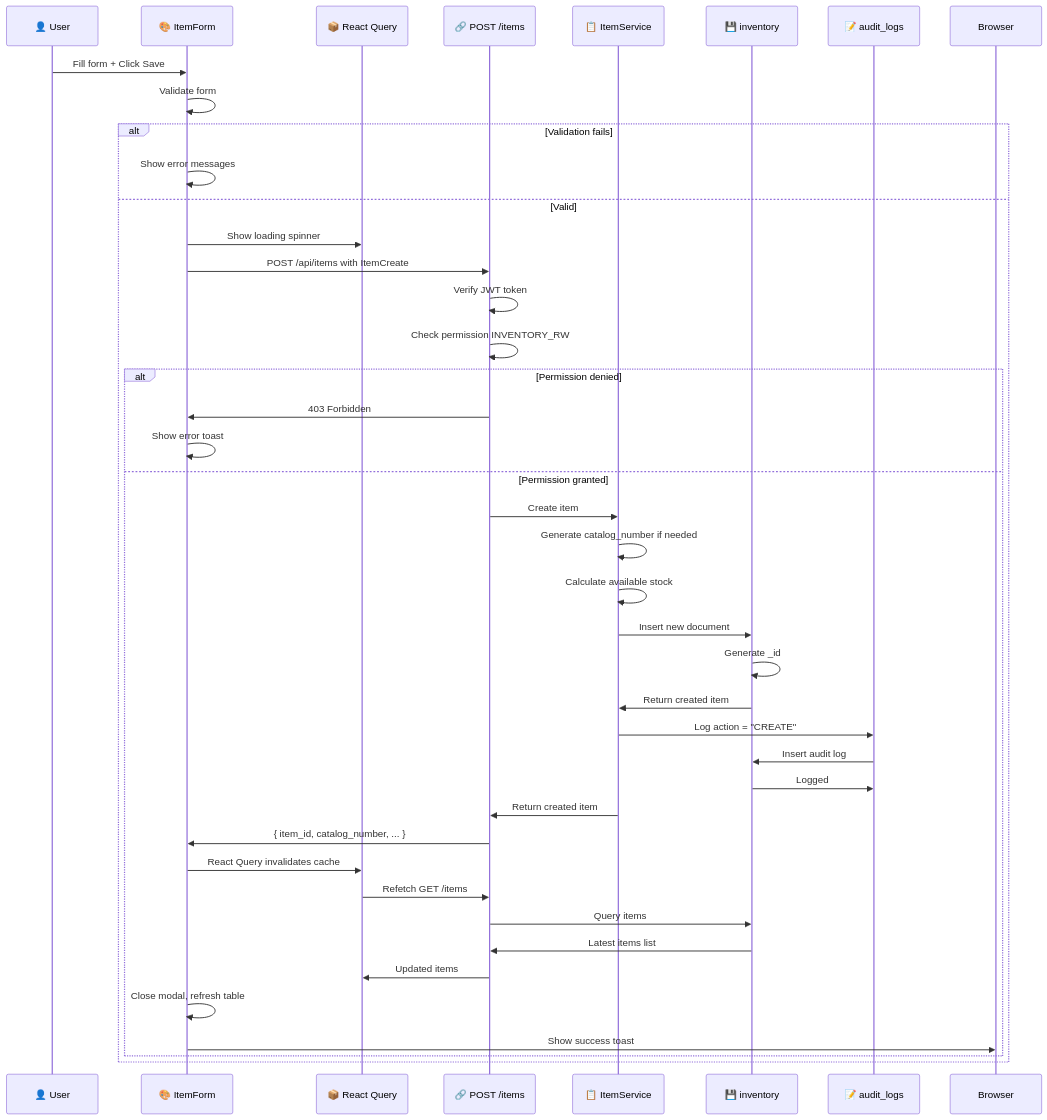
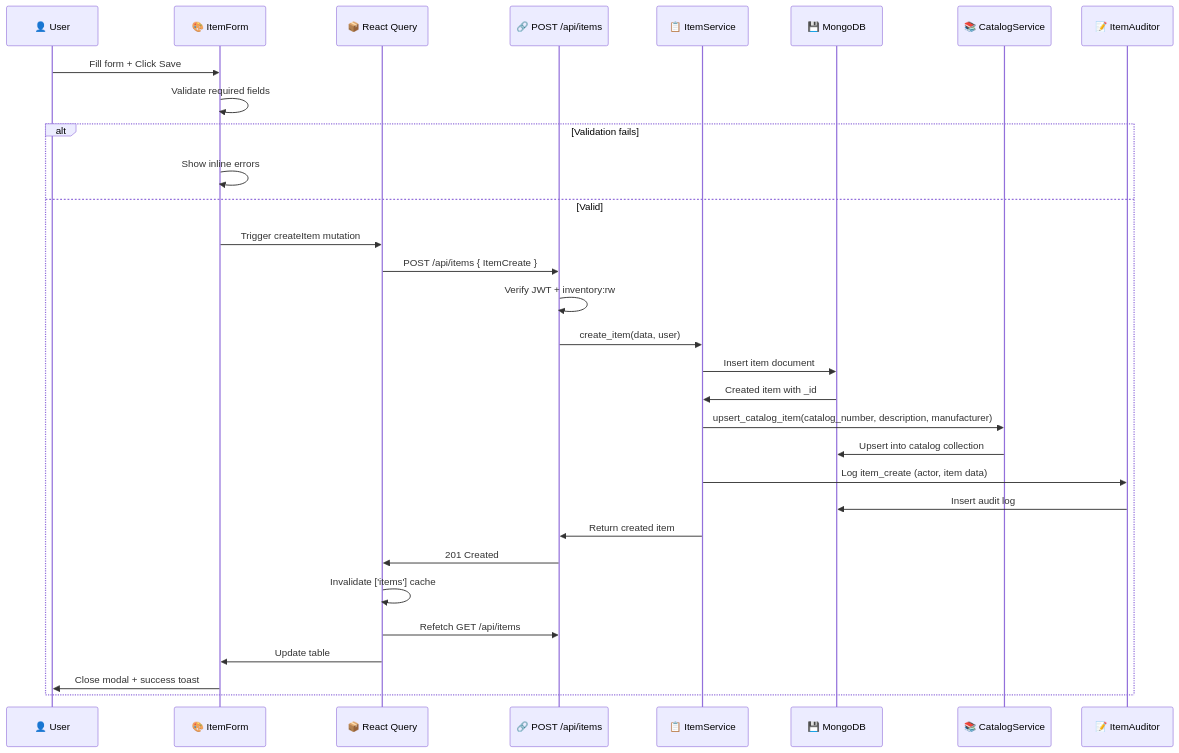
One commit to Rafmoshe2500/warehouse changed the fourth of 22 diagrams in DATA_FLOW_DIAGRAMS.md. Above: the diagram before and after it, drawn with Mermaid. The commit also changed other lines of this file and 66 other files, not shown here.

````diff
--- a/DATA_FLOW_DIAGRAMS.md
+++ b/DATA_FLOW_DIAGRAMS.md
@@ -42,47 +143,35 @@
 ```mermaid
 sequenceDiagram
     participant User as 👤 User
     participant UI as 🎨 ItemForm
-    participant Store as 📦 React Query
-    participant API as 🔗 POST /items
+    participant RQ as 📦 React Query
+    participant API as 🔗 POST /api/items
     participant Service as 📋 ItemService
-    participant DB as 💾 inventory
-    participant Audit as 📝 audit_logs
-    
+    participant DB as 💾 MongoDB
+    participant Catalog as 📚 CatalogService
+    participant Audit as 📝 ItemAuditor
+
     User->>UI: Fill form + Click Save
-    UI->>UI: Validate form
-    
+    UI->>UI: Validate required fields
+
     alt Validation fails
-        UI->>UI: Show error messages
+        UI->>UI: Show inline errors
     else Valid
-        UI->>Store: Show loading spinner
-        UI->>API: POST /api/items with ItemCreate
-        
-        API->>API: Verify JWT token
-        API->>API: Check permission INVENTORY_RW
-        
-        alt Permission denied
-            API->>UI: 403 Forbidden
-            UI->>UI: Show error toast
-        else Permission granted
-            API->>Service: Create item
-            Service->>Service: Generate catalog_number if needed
-            Service->>Service: Calculate available stock
-            Service->>DB: Insert new document
-            DB->>DB: Generate _id
-            DB->>Service: Return created item
-            Service->>Audit: Log action = "CREATE"
-            Audit->>DB: Insert audit log
-            DB->>Audit: Logged
-            Service->>API: Return created item
-            API->>UI: { item_id, catalog_number, ... }
-            UI->>Store: React Query invalidates cache
-            Store->>API: Refetch GET /items
-            API->>DB: Query items
-            DB->>API: Latest items list
-            API->>Store: Updated items
-            UI->>UI: Close modal, refresh table
-            UI->>Browser: Show success toast
-        end
+        UI->>RQ: Trigger createItem mutation
+        RQ->>API: POST /api/items { ItemCreate }
+        API->>API: Verify JWT + inventory:rw
+        API->>Service: create_item(data, user)
+        Service->>DB: Insert item document
+        DB->>Service: Created item with _id
+        Service->>Catalog: upsert_catalog_item(catalog_number, description, manufacturer)
+        Catalog->>DB: Upsert into catalog collection
+        Service->>Audit: Log item_create (actor, item data)
+        Audit->>DB: Insert audit log
+        Service->>API: Return created item
+        API->>RQ: 201 Created
+        RQ->>RQ: Invalidate ['items'] cache
+        RQ->>API: Refetch GET /api/items
+        RQ->>UI: Update table
+        UI->>User: Close modal + success toast
     end
 ```
````
